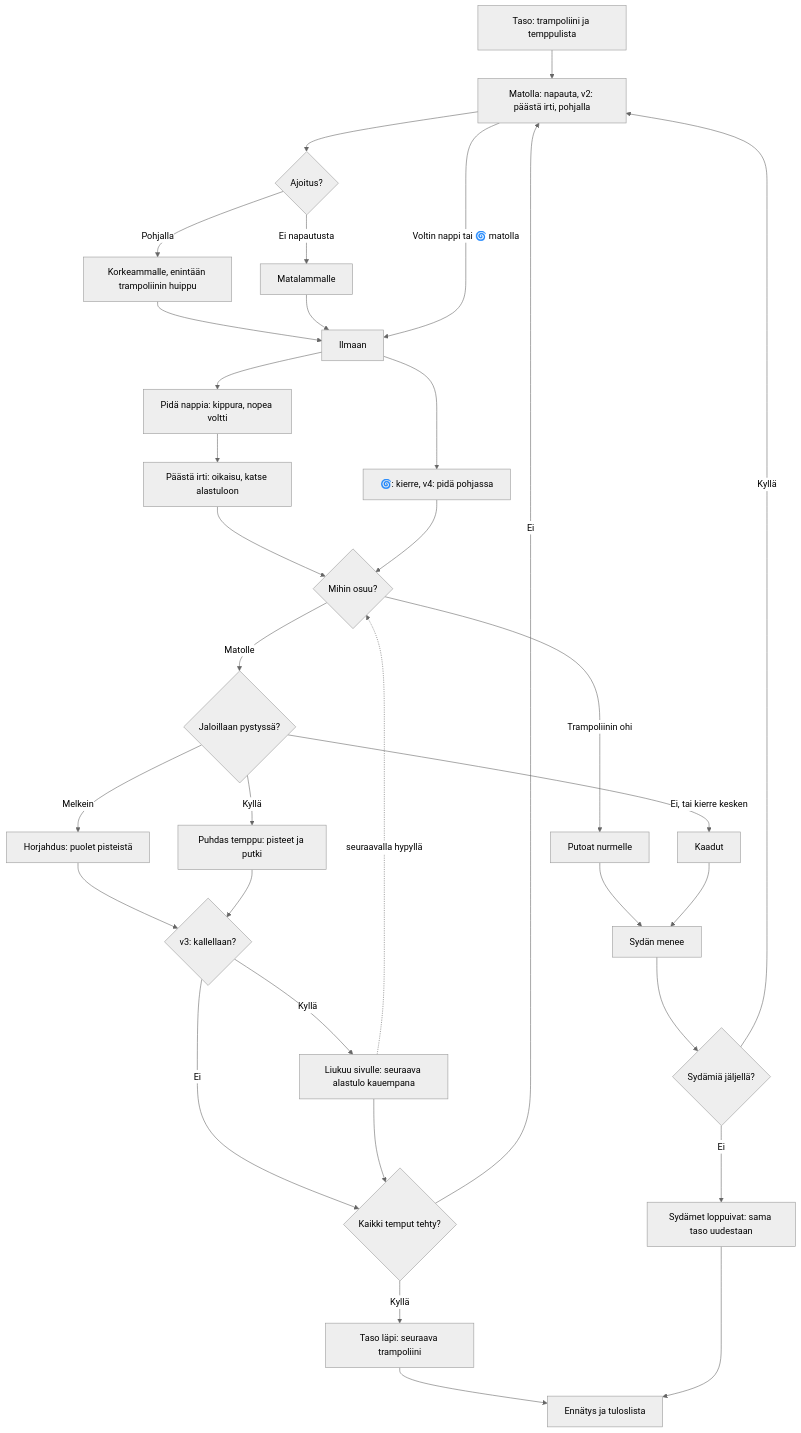
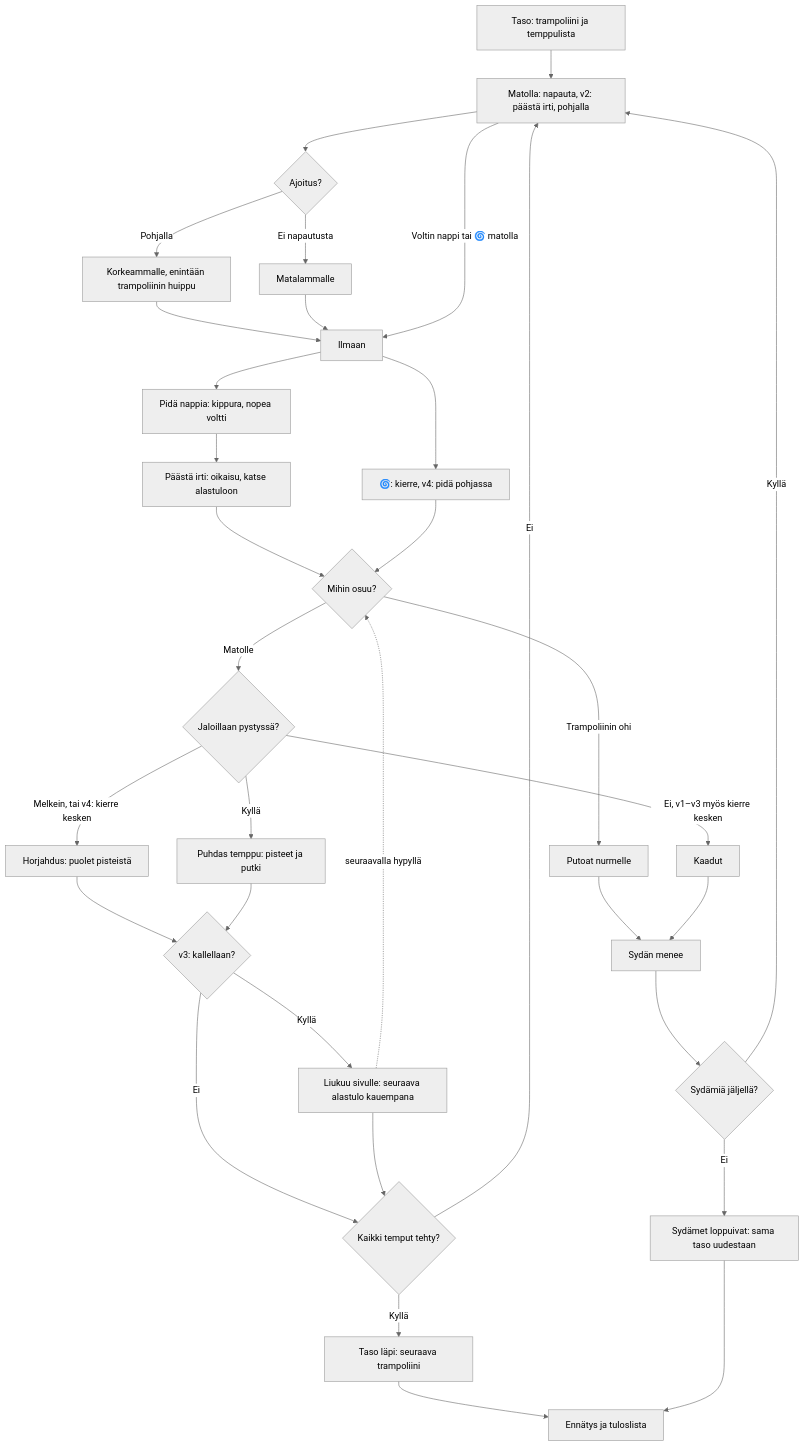
Before and after one commit to eerovil/ai-pelit: the diagram in docs/diagrams/trampoliini.md, drawn with Mermaid (neutral theme). The commit also changed other lines of this file and 3 other files, not shown here.

````diff
--- a/docs/diagrams/trampoliini.md
+++ b/docs/diagrams/trampoliini.md
@@ -9,41 +9,41 @@
 ```mermaid
 flowchart TD
   A[Taso: trampoliini ja temppulista] --> B[Matolla: napauta, v2: päästä irti, pohjalla]
   B --> C{Ajoitus?}
   C -- Pohjalla --> D[Korkeammalle, enintään trampoliinin huippu]
   C -- Ei napautusta --> E[Matalammalle]
   D --> F[Ilmaan]
   E --> F
   B -- Voltin nappi tai 🌀 matolla --> F
   F --> G[Pidä nappia: kippura, nopea voltti]
   G --> H[Päästä irti: oikaisu, katse alastuloon]
   F --> I[🌀: kierre, v4: pidä pohjassa]
   H --> J{Mihin osuu?}
   I --> J
   J -- Trampoliinin ohi --> K[Putoat nurmelle]
   J -- Matolle --> L{Jaloillaan pystyssä?}
-  L -- Melkein --> M[Horjahdus: puolet pisteistä]
+  L -- Melkein, tai v4: kierre kesken --> M[Horjahdus: puolet pisteistä]
   L -- Kyllä --> N[Puhdas temppu: pisteet ja putki]
-  L -- Ei, tai kierre kesken --> O[Kaadut]
+  L -- Ei, v1–v3 myös kierre kesken --> O[Kaadut]
   K --> P[Sydän menee]
   O --> P
   P --> Q{Sydämiä jäljellä?}
   Q -- Kyllä --> B
   Q -- Ei --> R[Sydämet loppuivat: sama taso uudestaan]
   M --> V{v3: kallellaan?}
   N --> V
   V -- Kyllä --> W[Liukuu sivulle: seuraava alastulo kauempana]
   W -. seuraavalla hypyllä .-> J
   V -- Ei --> S{Kaikki temput tehty?}
   W --> S
   S -- Ei --> B
   S -- Kyllä --> T[Taso läpi: seuraava trampoliini]
   T --> U[Ennätys ja tuloslista]
   R --> U
   class B,G,H,I blue
   class C,J,L,Q,S,V amber
   class D,E,F,W teal
   class A violet
   class M,N,T,U green
   class K,O,P,R rose
 ```
````
